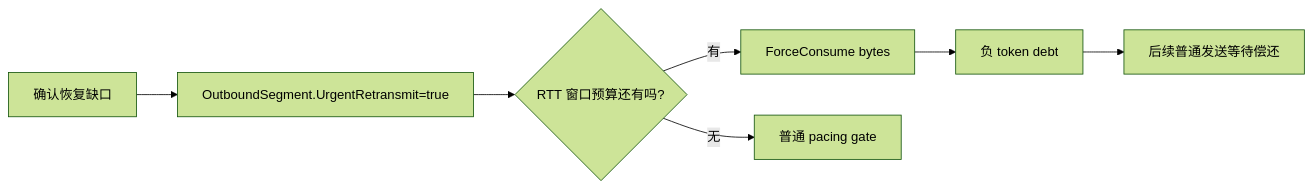
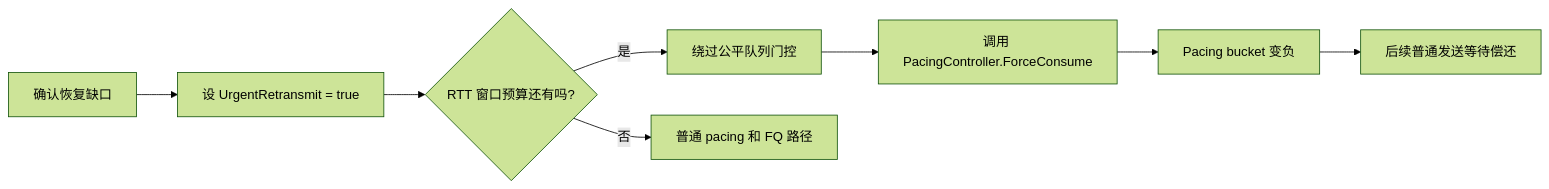
Before and after one commit to liulilittle/ucp: the sixth of 7 diagrams in docs/protocol_CN.md, drawn with Mermaid (forest theme). The commit also changed other lines of this file and 17 other files, not shown here.

````diff
--- a/docs/protocol_CN.md
+++ b/docs/protocol_CN.md
@@ -100,9 +221,10 @@
 ```mermaid
 flowchart LR
-    Gap[确认恢复缺口] --> Mark[OutboundSegment.UrgentRetransmit=true]
+    Gap[确认恢复缺口] --> Mark[设 UrgentRetransmit = true]
     Mark --> Budget{RTT 窗口预算还有吗?}
-    Budget -->|有| Force[ForceConsume bytes]
-    Budget -->|无| Normal[普通 pacing gate]
-    Force --> Debt[负 token debt]
+    Budget -->|是| Bypass[绕过公平队列门控]
+    Bypass --> Force[调用 PacingController.ForceConsume]
+    Force --> Debt[Pacing bucket 变负]
     Debt --> Repay[后续普通发送等待偿还]
+    Budget -->|否| Normal[普通 pacing 和 FQ 路径]
 ```
````
